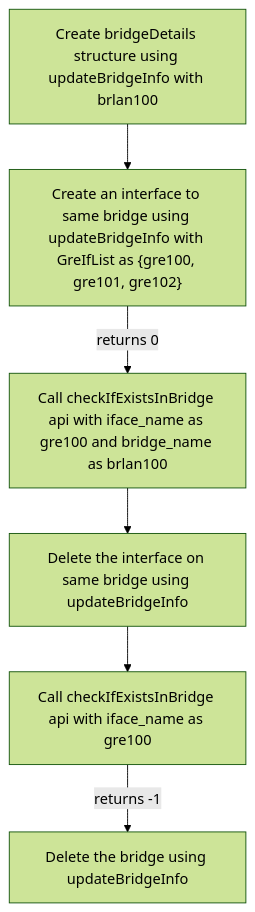
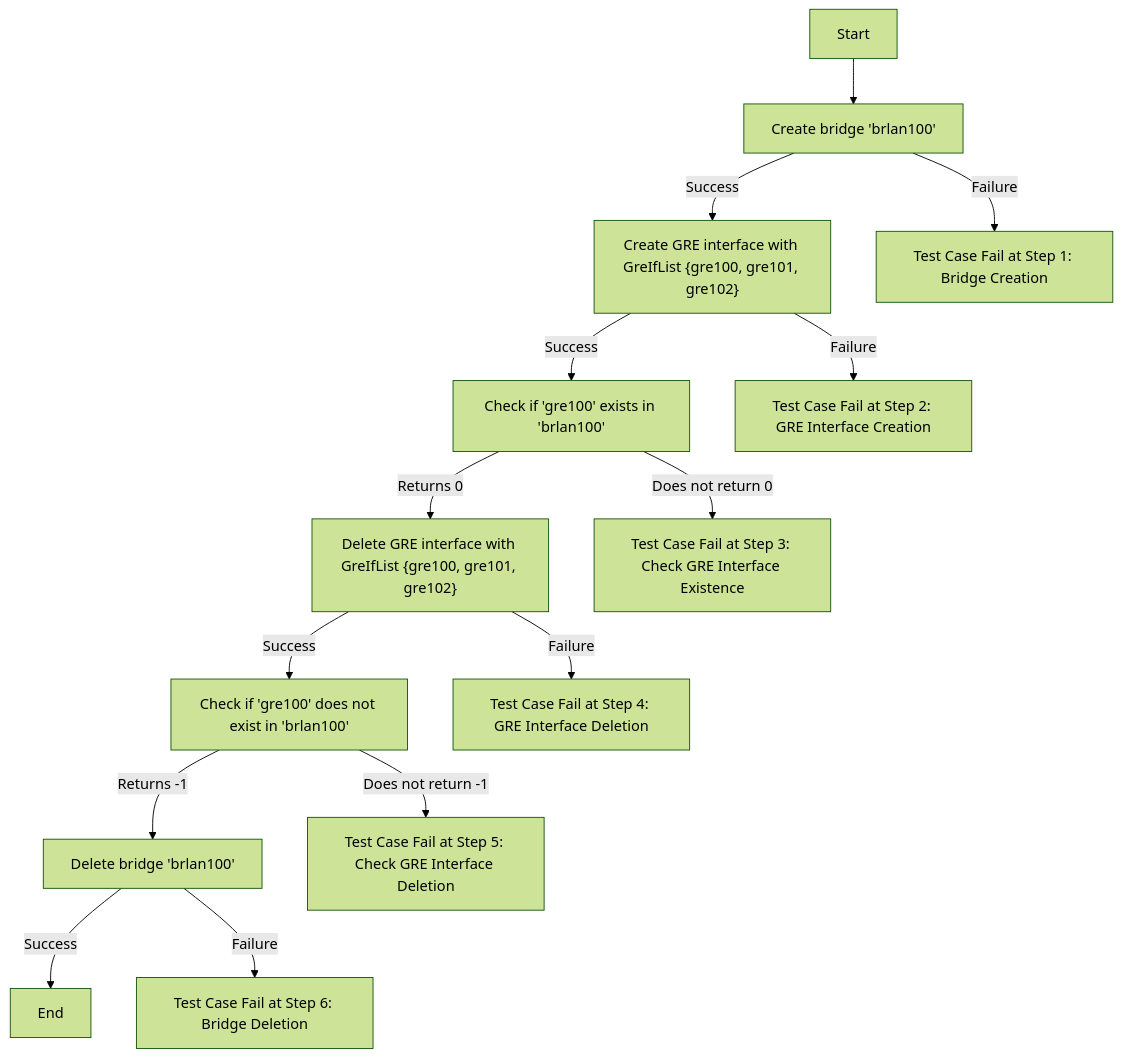
One commit to rdkcentral/rdkb-halif-test-bridge-util changed the fourth of 5 diagrams in docs/pages/bridge_util_mermaid.md. Above: the diagram before and after it, drawn with Mermaid (forest theme). The commit also changed other lines of this file, not shown here.

Commit message:
Develop bridge util hal L2 test suite Enhanced mermaid file of L2 testcases

````diff
--- a/docs/pages/bridge_util_mermaid.md
+++ b/docs/pages/bridge_util_mermaid.md
@@ -46,14 +62,16 @@
 ```mermaid
-graph TD
-A["Create bridgeDetails structure using updateBridgeInfo with brlan100"]
-B["Create an interface to same bridge using updateBridgeInfo with GreIfList as {gre100, gre101, gre102}" ]
-C["Call checkIfExistsInBridge api with iface_name as gre100 and bridge_name as brlan100"]
-D["Delete the interface on same bridge using updateBridgeInfo "]
-E["Call checkIfExistsInBridge api with iface_name as gre100"]
-F["Delete the bridge using updateBridgeInfo"]
-A --> B
-B --returns 0 --> C
-C --> D
-D --> E
-E --returns -1 --> F
+flowchart TD
+A[Start] --> B[Create bridge 'brlan100']
+B -- Success --> C["Create GRE interface with GreIfList {gre100, gre101, gre102}"]
+B -- Failure --> F[Test Case Fail at Step 1: Bridge Creation]
+C -- Success --> D[Check if 'gre100' exists in 'brlan100']
+C -- Failure --> G[Test Case Fail at Step 2: GRE Interface Creation]
+D -- Returns 0 --> E["Delete GRE interface with GreIfList {gre100, gre101, gre102}"]
+D -- Does not return 0 --> H[Test Case Fail at Step 3: Check GRE Interface Existence]
+E -- Success --> I[Check if 'gre100' does not exist in 'brlan100']
+E -- Failure --> J[Test Case Fail at Step 4: GRE Interface Deletion]
+I -- Returns -1 --> K[Delete bridge 'brlan100']
+I -- Does not return -1 --> L[Test Case Fail at Step 5: Check GRE Interface Deletion]
+K -- Success --> M[End]
+K -- Failure --> N[Test Case Fail at Step 6: Bridge Deletion]
 ```
````
